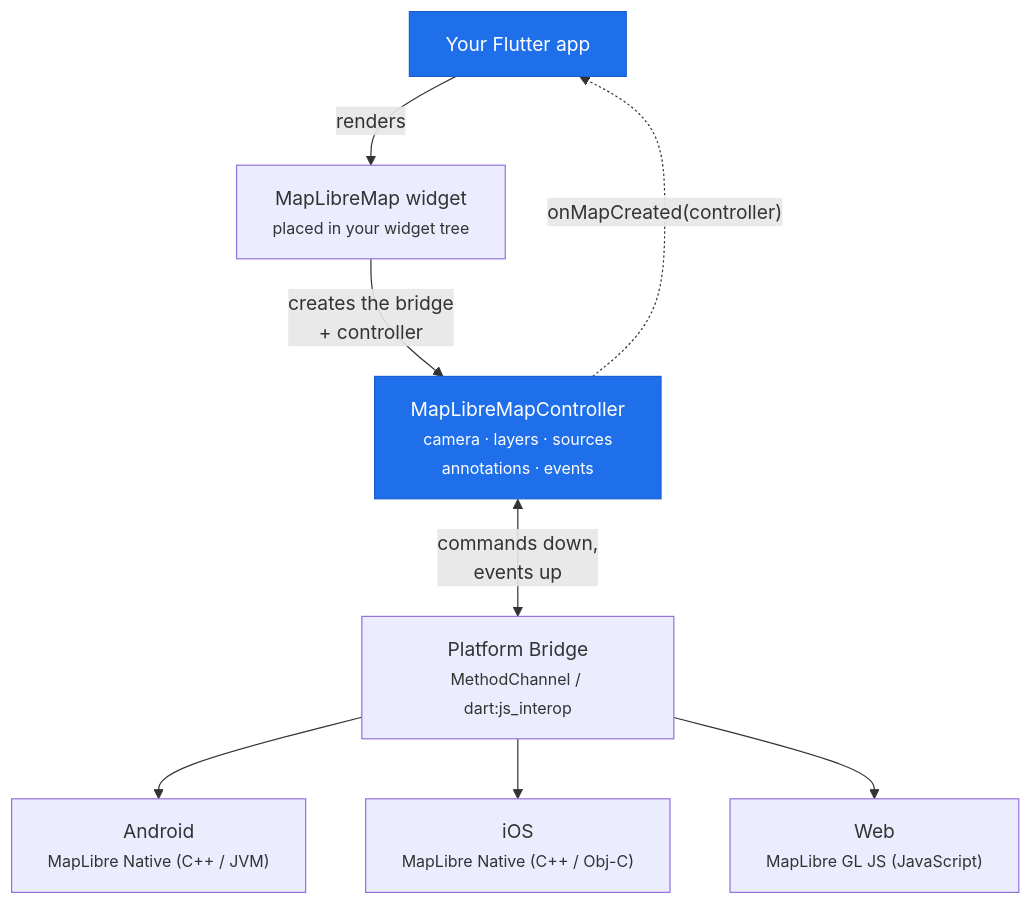
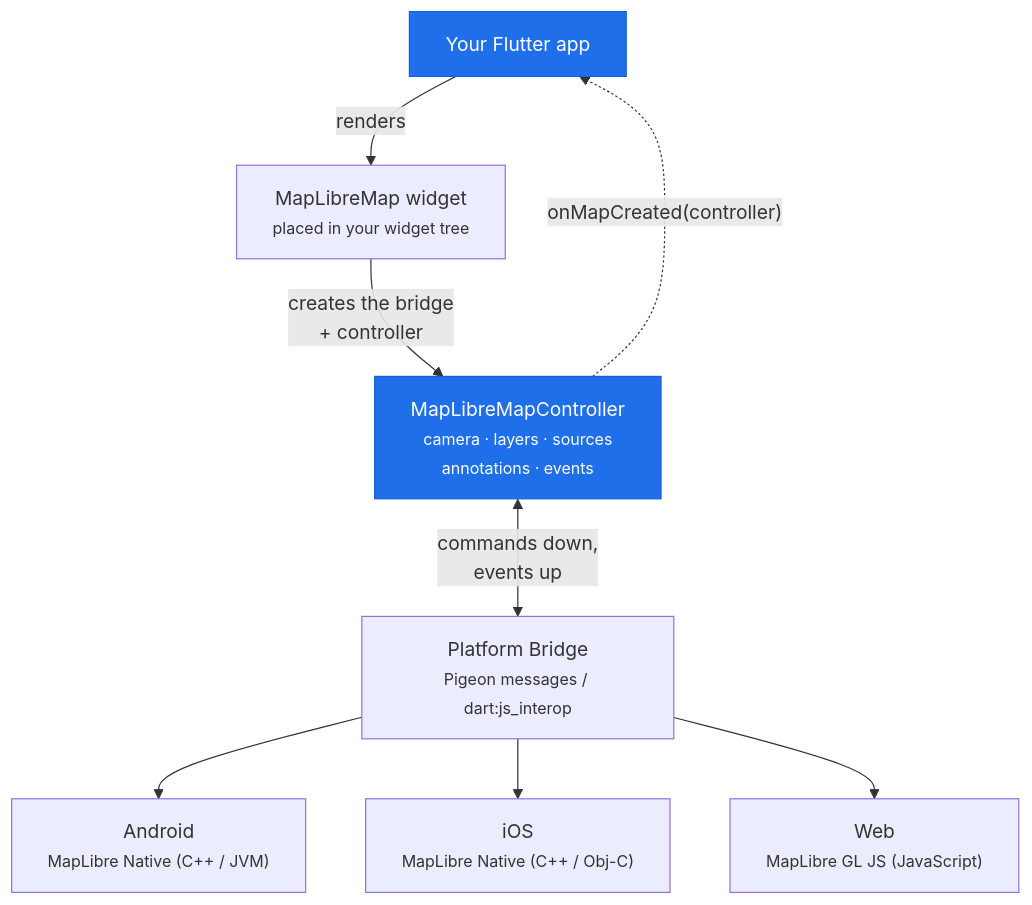
The first of 2 diagrams in website/docs/concepts/architecture.md (maplibre/flutter-maplibre-gl), drawn with Mermaid before and after one commit. The commit also changed other lines of this file and 364 other files, not shown here.

````diff
--- a/website/docs/concepts/architecture.md
+++ b/website/docs/concepts/architecture.md
@@ -7,21 +7,21 @@
 ```mermaid
 flowchart TD
     APP["Your Flutter app"]
     WIDGET["MapLibreMap widget<br/><small>placed in your widget tree</small>"]
     CTRL["MapLibreMapController<br/><small>camera · layers · sources<br/>annotations · events</small>"]
-    BRIDGE["Platform Bridge<br/><small>MethodChannel / dart:js_interop</small>"]
+    BRIDGE["Platform Bridge<br/><small>Pigeon messages / dart:js_interop</small>"]
     AND["Android<br/><small>MapLibre Native (C++ / JVM)</small>"]
     IOS["iOS<br/><small>MapLibre Native (C++ / Obj-C)</small>"]
     WEB["Web<br/><small>MapLibre GL JS (JavaScript)</small>"]
 
     APP -->|"renders"| WIDGET
     WIDGET -->|"creates the bridge<br/>+ controller"| CTRL
     CTRL -.->|"onMapCreated(controller)"| APP
     CTRL <-->|"commands down,<br/>events up"| BRIDGE
     BRIDGE --> AND
     BRIDGE --> IOS
     BRIDGE --> WEB
 
     classDef emphasis fill:#1f6feb,stroke:#1a5fd0,color:#fff;
     class APP,CTRL emphasis
 ```
````
